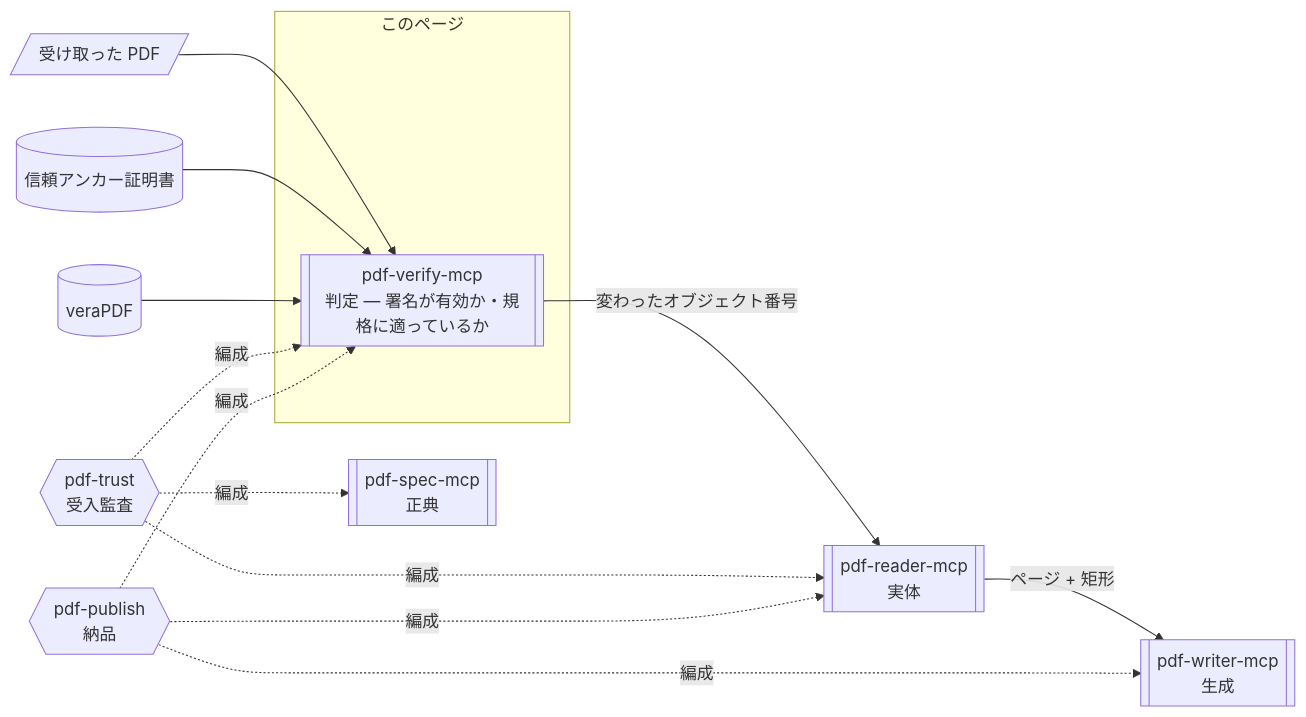
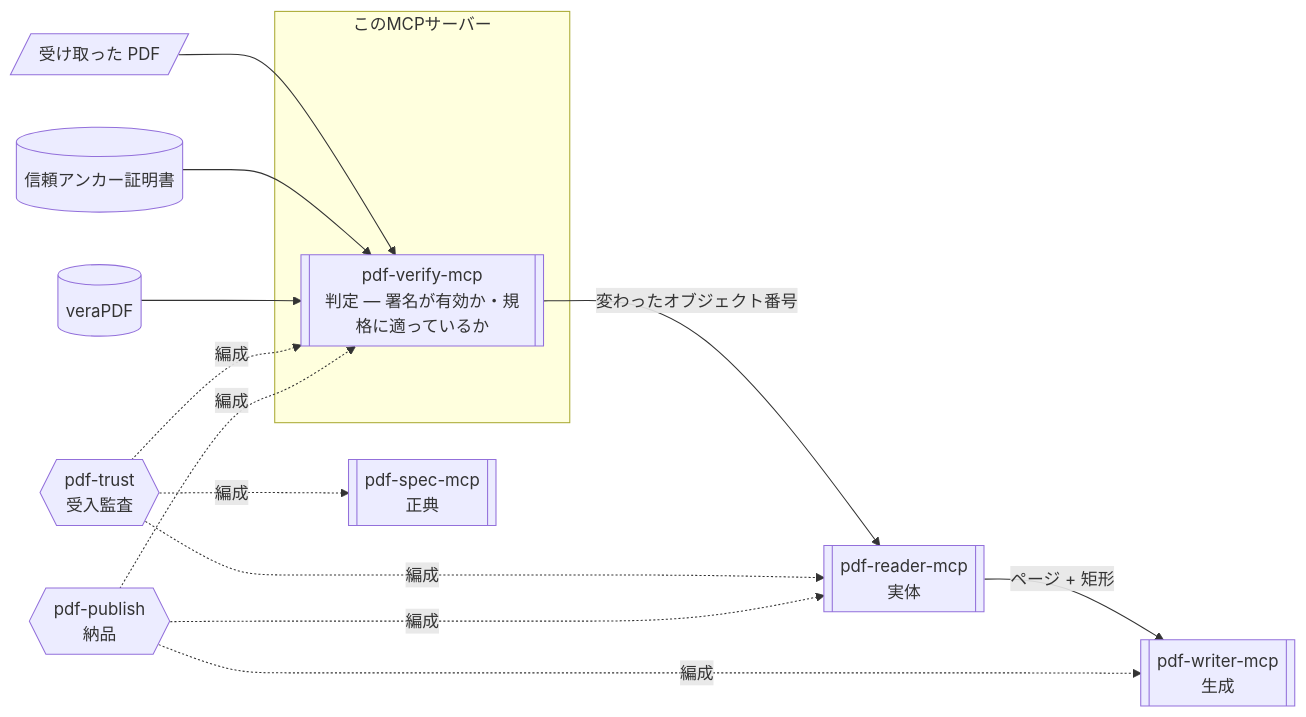
One commit to shuji-bonji/pdf-agent-stack changed the diagram in site/docs/ja/mcp/pdf-verify.md. Above: the diagram before and after it, drawn with Mermaid. The commit also changed other lines of this file and 108 other files, not shown here.

````diff
--- a/site/docs/ja/mcp/pdf-verify.md
+++ b/site/docs/ja/mcp/pdf-verify.md
@@ -35,17 +35,17 @@
 ```mermaid
 graph LR
   TARGET[/"受け取った PDF"/] --> VERIFY
   ANCHORS[("信頼アンカー証明書")] --> VERIFY
   VERA[("veraPDF")] --> VERIFY
 
-  subgraph SELF["このページ"]
+  subgraph SELF["このMCPサーバー"]
     VERIFY[["pdf-verify-mcp<br>判定 — 署名が有効か・規格に適っているか"]]
   end
 
   VERIFY -->|変わったオブジェクト番号| READER[["pdf-reader-mcp<br>実体"]]
   READER -->|ページ + 矩形| WRITER[["pdf-writer-mcp<br>生成"]]
   SPEC[["pdf-spec-mcp<br>正典"]]
 
   TRUST{{"pdf-trust<br>受入監査"}} -.->|編成| VERIFY & READER & SPEC
   PUBLISH{{"pdf-publish<br>納品"}} -.->|編成| WRITER & READER & VERIFY
 ```
````
